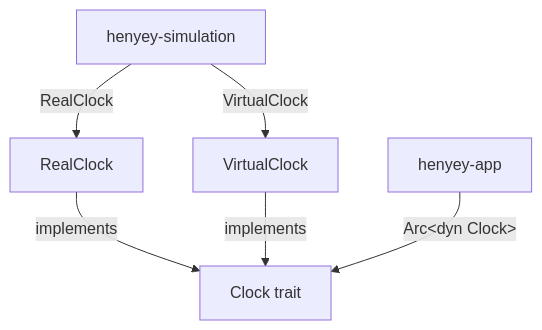
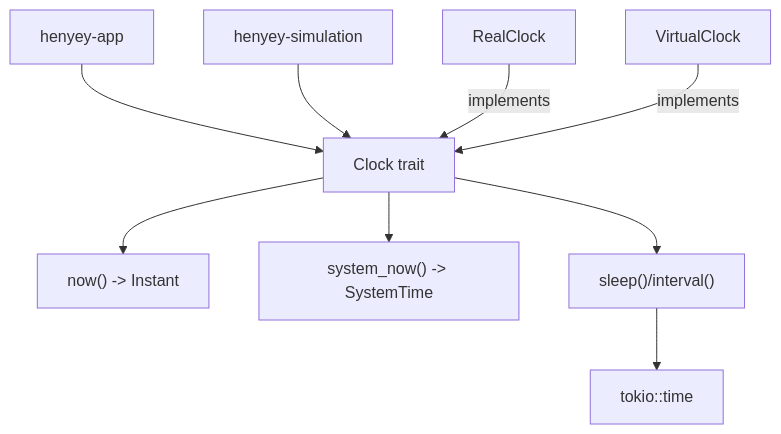
Before and after one commit to stellar-experimental/henyey: the diagram in crates/clock/README.md, drawn with Mermaid. The commit also changed other lines of this file and 89 other files, not shown here.

````diff
--- a/crates/clock/README.md
+++ b/crates/clock/README.md
@@ -16,14 +16,11 @@
 ```mermaid
 graph TD
-    T["Clock trait"]
-    R["RealClock"]
-    V["VirtualClock"]
-    A["henyey-app"]
-    S["henyey-simulation"]
-
-    R -->|implements| T
-    V -->|implements| T
-    A -->|Arc&lt;dyn Clock&gt;| T
-    S -->|VirtualClock| V
-    S -->|RealClock| R
+    A["henyey-app"] --> T["Clock trait"]
+    S["henyey-simulation"] --> T
+    R["RealClock"] -->|implements| T
+    V["VirtualClock"] -->|implements| T
+    T --> N["now() -> Instant"]
+    T --> W["system_now() -> SystemTime"]
+    T --> K["sleep()/interval()"]
+    K --> O["tokio::time"]
 ```
````
